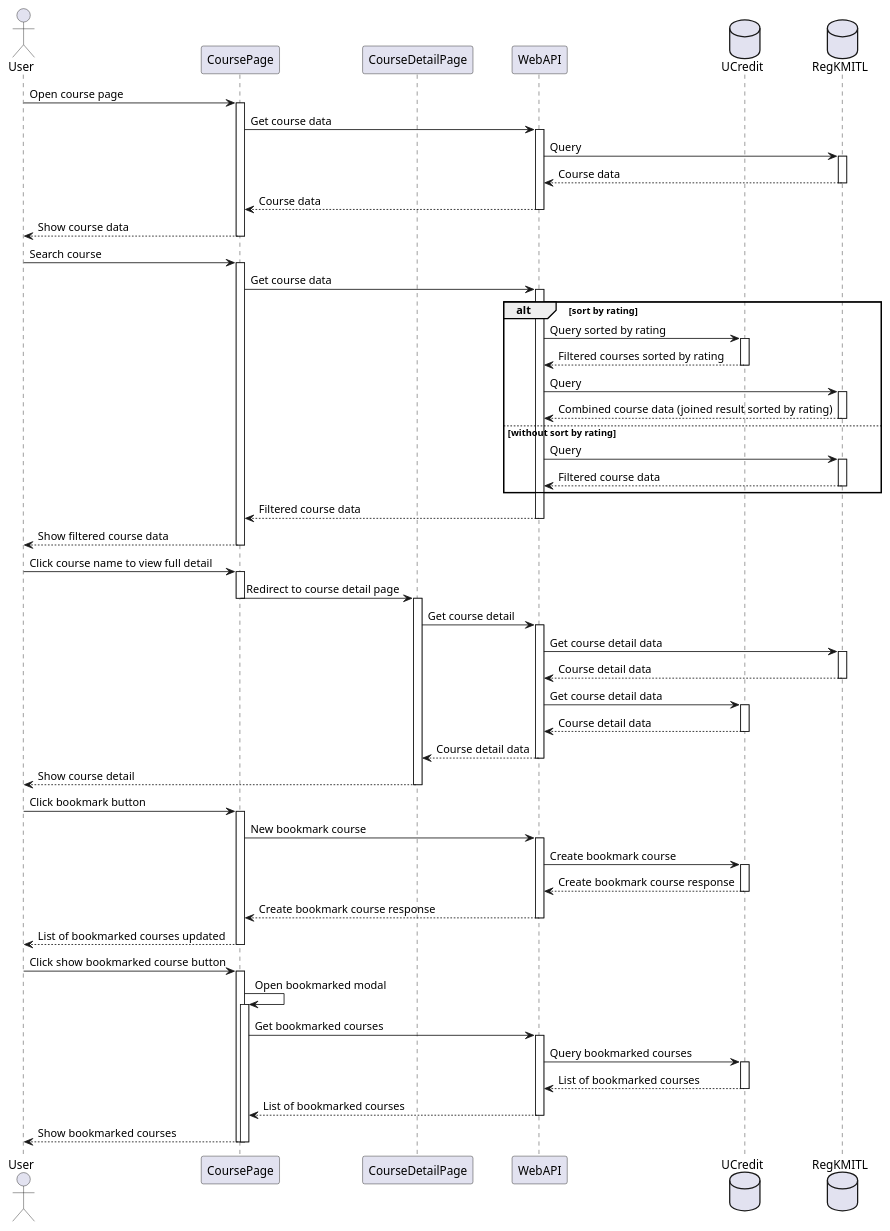
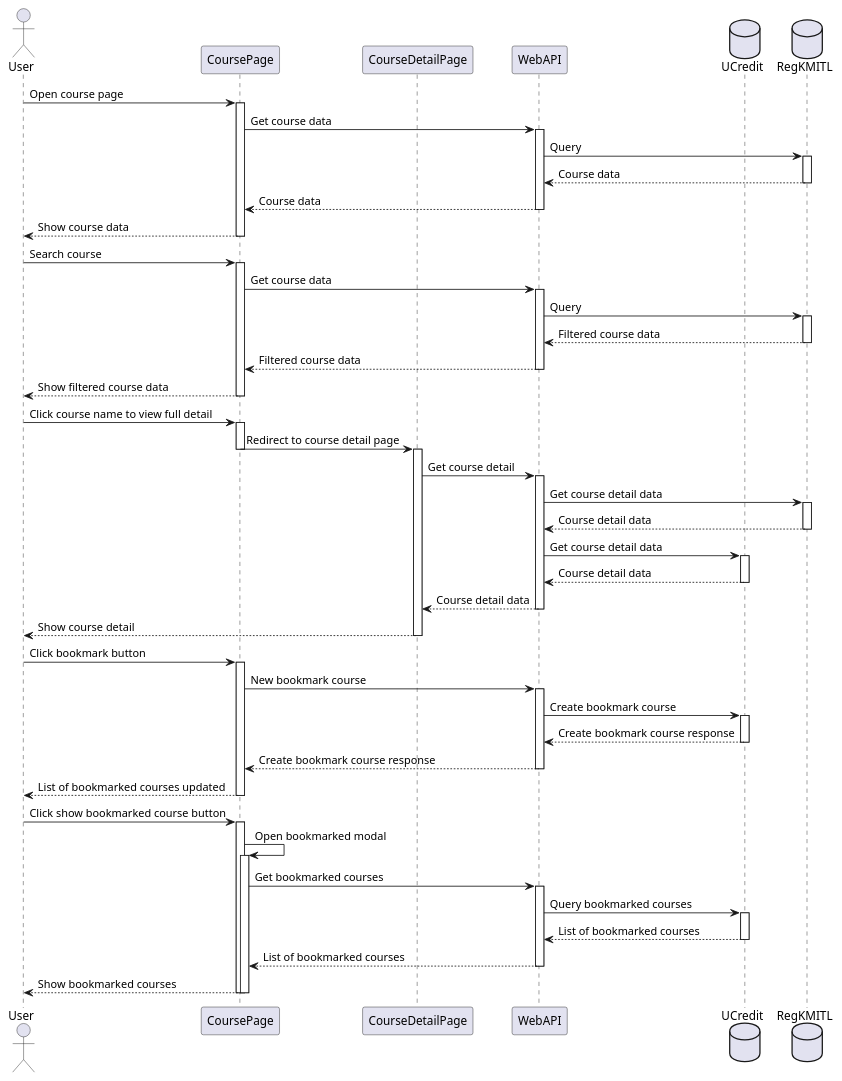
The diagram in diagram/course-page-sequence.plantuml (u-credit/solution), drawn with PlantUML before and after one commit. The commit also changed 1 other file, not shown here.

Commit message:
remove sort by rating

```diff
--- a/diagram/course-page-sequence.plantuml
+++ b/diagram/course-page-sequence.plantuml
@@ -1,55 +1,47 @@
 @startuml Course Page
 actor User
 participant CoursePage
 participant CourseDetailPage
 participant WebAPI
 database UCredit
 database RegKMITL
 
 User -> CoursePage ++ : Open course page
 CoursePage -> WebAPI ++ : Get course data
 WebAPI -> RegKMITL ++ : Query
 return Course data
 return Course data
 return Show course data
 User -> CoursePage ++ : Search course
 CoursePage -> WebAPI ++ : Get course data
-alt sort by rating
-    WebAPI -> UCredit ++ : Query sorted by rating
-    Return Filtered courses sorted by rating
-    WebAPI -> RegKMITL ++ : Query
-    return Combined course data (joined result sorted by rating)
-    deactivate UCredit
-else without sort by rating
-    WebAPI -> RegKMITL ++ : Query
-    return Filtered course data
-end
+WebAPI -> RegKMITL ++ : Query
+return Filtered course data
 WebAPI --> CoursePage -- : Filtered course data
 CoursePage --> User -- : Show filtered course data
 
 User -> CoursePage ++ : Click course name to view full detail
 CoursePage -> CourseDetailPage --++ : Redirect to course detail page
 CourseDetailPage -> WebAPI ++ : Get course detail
 WebAPI -> RegKMITL ++ : Get course detail data
 return Course detail data
 WebAPI -> UCredit ++ : Get course detail data
 return Course detail data
 return Course detail data
 CourseDetailPage --> User -- : Show course detail
 
 User -> CoursePage ++ : Click bookmark button
 CoursePage -> WebAPI ++ : New bookmark course
 WebAPI -> UCredit ++ : Create bookmark course
 return Create bookmark course response
 return Create bookmark course response
 CoursePage --> User -- : List of bookmarked courses updated
 
 User -> CoursePage ++ : Click show bookmarked course button
 CoursePage -> CoursePage ++ : Open bookmarked modal
 CoursePage -> WebAPI ++ : Get bookmarked courses
 WebAPI -> UCredit ++ : Query bookmarked courses
 return List of bookmarked courses
 return List of bookmarked courses
 CoursePage --> User -- : Show bookmarked courses
 deactivate CoursePage
 @enduml
```
